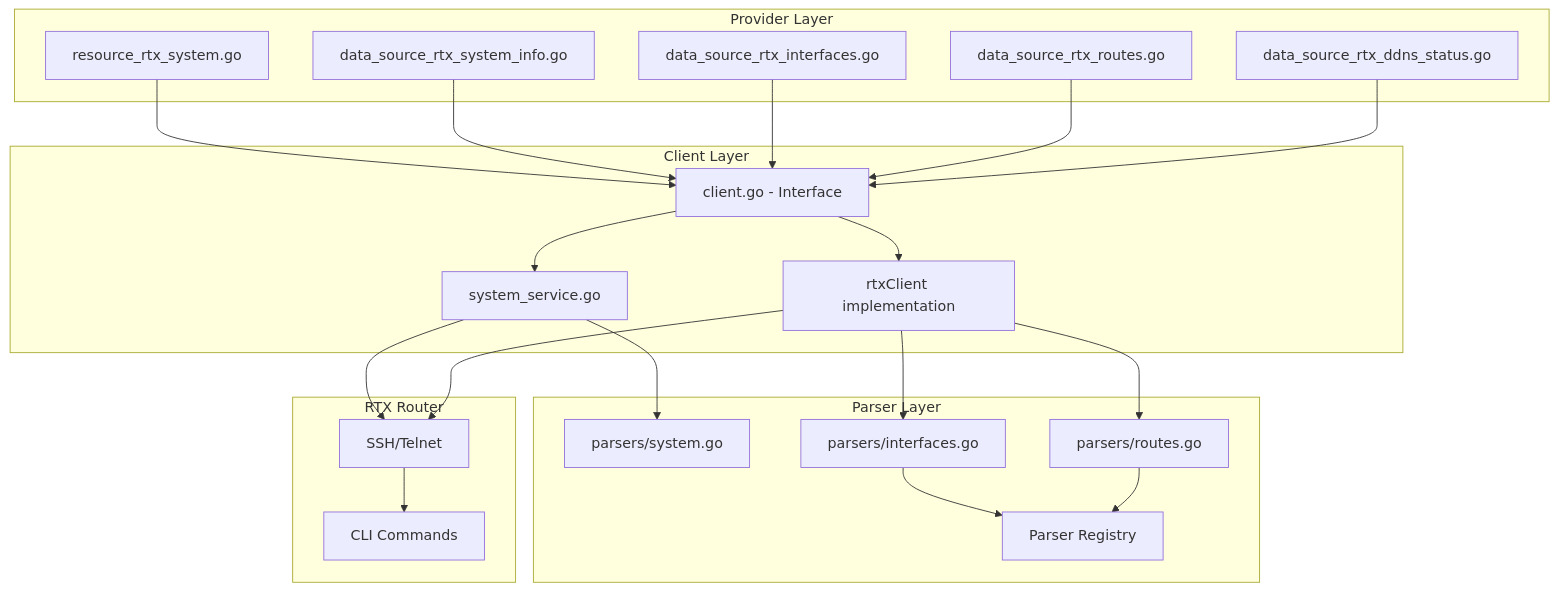
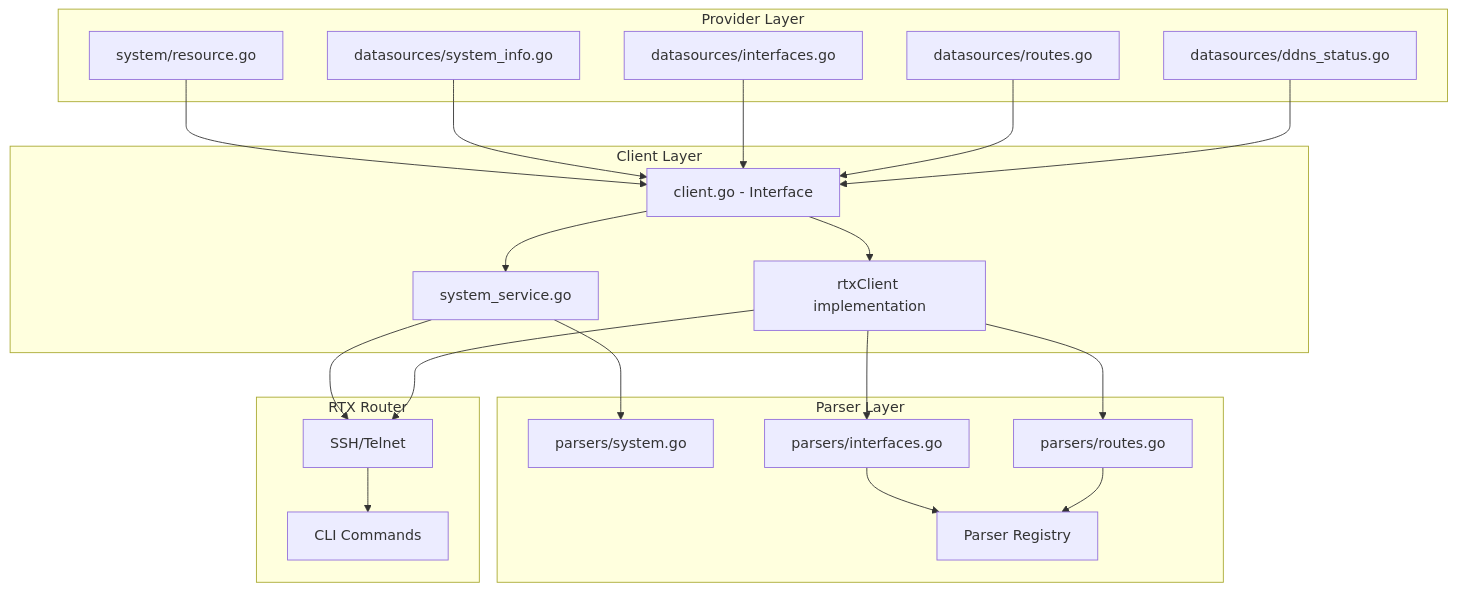
Before and after one commit to shin1ohno/terraform-provider-rtx: the diagram in .spec-workflow/master-specs/system/design.md, drawn with Mermaid. The commit also changed other lines of this file and 43 other files, not shown here.

````diff
--- a/.spec-workflow/master-specs/system/design.md
+++ b/.spec-workflow/master-specs/system/design.md
@@ -46,48 +46,48 @@
 ```mermaid
 graph TD
     subgraph "Provider Layer"
-        TFResource["resource_rtx_system.go"]
-        DSSystemInfo["data_source_rtx_system_info.go"]
-        DSInterfaces["data_source_rtx_interfaces.go"]
-        DSRoutes["data_source_rtx_routes.go"]
-        DSDDNSStatus["data_source_rtx_ddns_status.go"]
+        TFResource["system/resource.go"]
+        DSSystemInfo["datasources/system_info.go"]
+        DSInterfaces["datasources/interfaces.go"]
+        DSRoutes["datasources/routes.go"]
+        DSDDNSStatus["datasources/ddns_status.go"]
     end
 
     subgraph "Client Layer"
         Client["client.go - Interface"]
         SystemService["system_service.go"]
         ClientImpl["rtxClient implementation"]
     end
 
     subgraph "Parser Layer"
         SystemParser["parsers/system.go"]
         InterfacesParser["parsers/interfaces.go"]
         RoutesParser["parsers/routes.go"]
         Registry["Parser Registry"]
     end
 
     subgraph "RTX Router"
         SSH["SSH/Telnet"]
         CLI["CLI Commands"]
     end
 
     TFResource --> Client
     DSSystemInfo --> Client
     DSInterfaces --> Client
     DSRoutes --> Client
     DSDDNSStatus --> Client
 
     Client --> SystemService
     Client --> ClientImpl
 
     SystemService --> SystemParser
     ClientImpl --> InterfacesParser
     ClientImpl --> RoutesParser
 
     InterfacesParser --> Registry
     RoutesParser --> Registry
 
     SystemService --> SSH
     ClientImpl --> SSH
     SSH --> CLI
 ```
````
